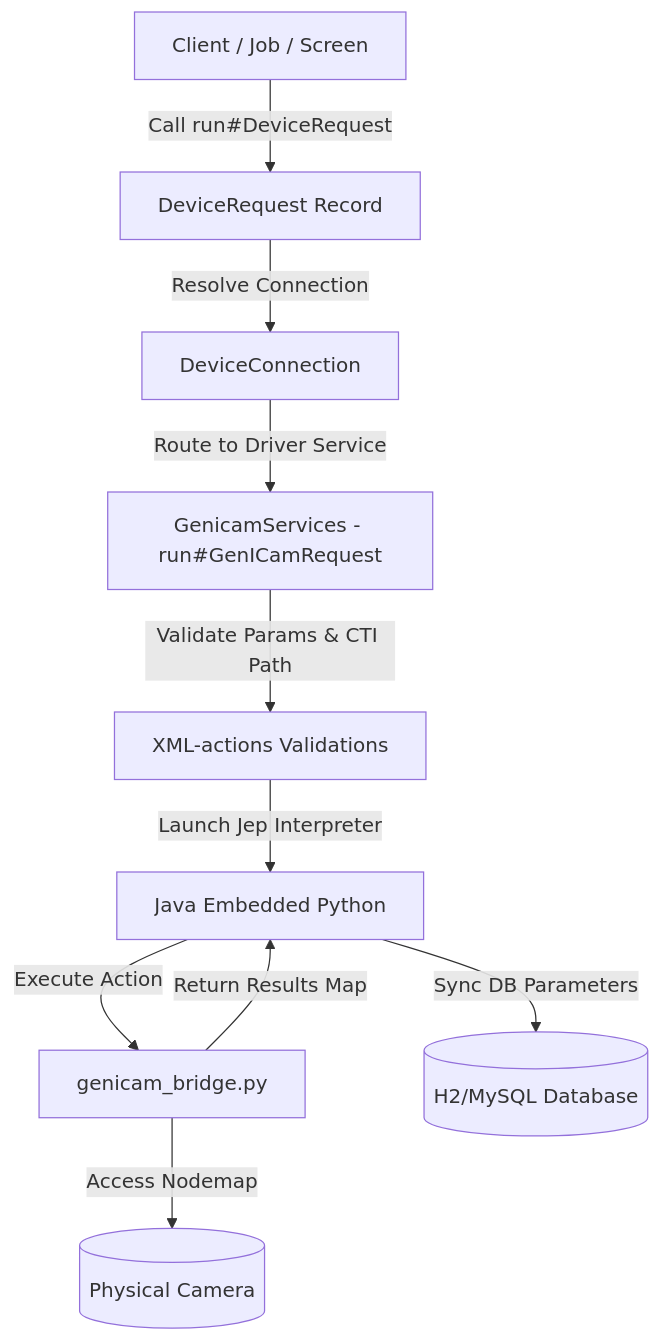
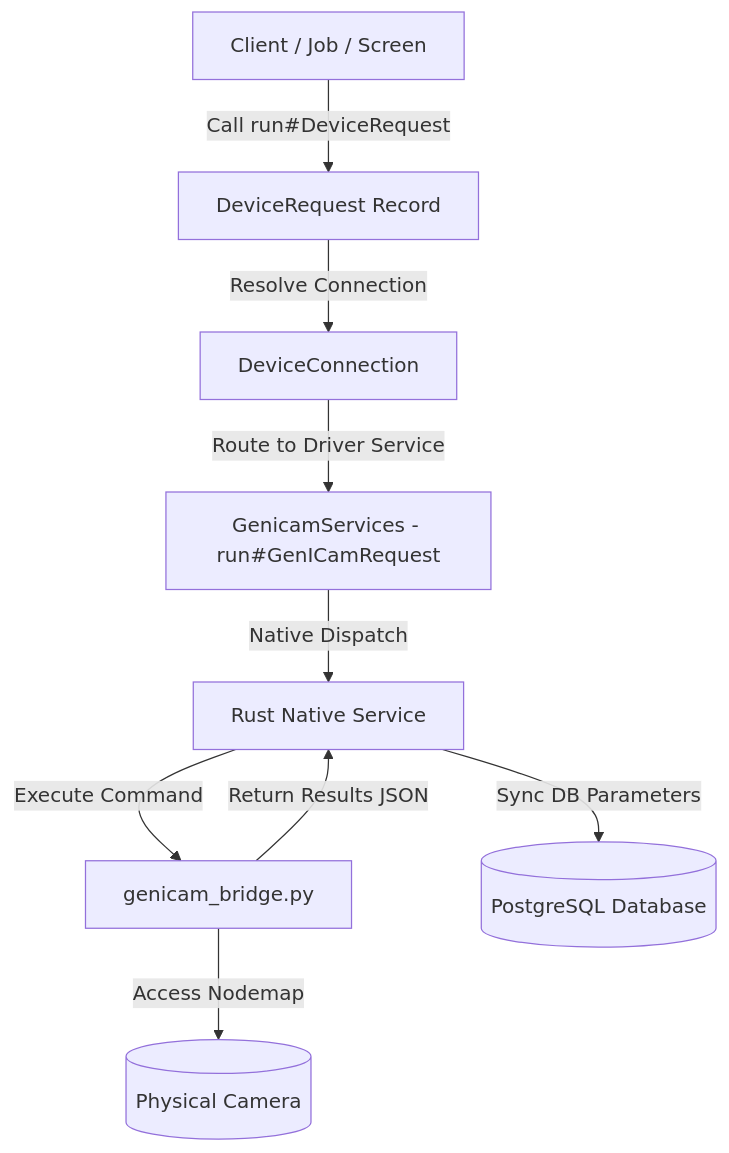
Before and after one commit to acetousk/moqui-genicam: the second of 2 diagrams in README.md, drawn with Mermaid. The commit also changed other lines of this file and 15 other files, not shown here.

Commit message:
feat: migrate component to mr-moqui Rust and JS architecture

````diff
--- a/README.md
+++ b/README.md
@@ -65,12 +65,11 @@
 ```mermaid
 flowchart TD
     Client[Client / Job / Screen] -->|Call run#DeviceRequest| Request[DeviceRequest Record]
     Request -->|Resolve Connection| Conn[DeviceConnection]
     Conn -->|Route to Driver Service| Service[GenicamServices - run#GenICamRequest]
-    Service -->|Validate Params & CTI Path| XML[XML-actions Validations]
-    XML -->|Launch Jep Interpreter| Jep[Java Embedded Python]
-    Jep -->|Execute Action| Python[genicam_bridge.py]
+    Service -->|Native Dispatch| Rust[Rust Native Service]
+    Rust -->|Execute Command| Python[genicam_bridge.py]
     Python -->|Access Nodemap| Camera[(Physical Camera)]
-    Python -->|Return Results Map| Jep
-    Jep -->|Sync DB Parameters| DB[(H2/MySQL Database)]
+    Python -->|Return Results JSON| Rust
+    Rust -->|Sync DB Parameters| DB[(PostgreSQL Database)]
 ```
````
